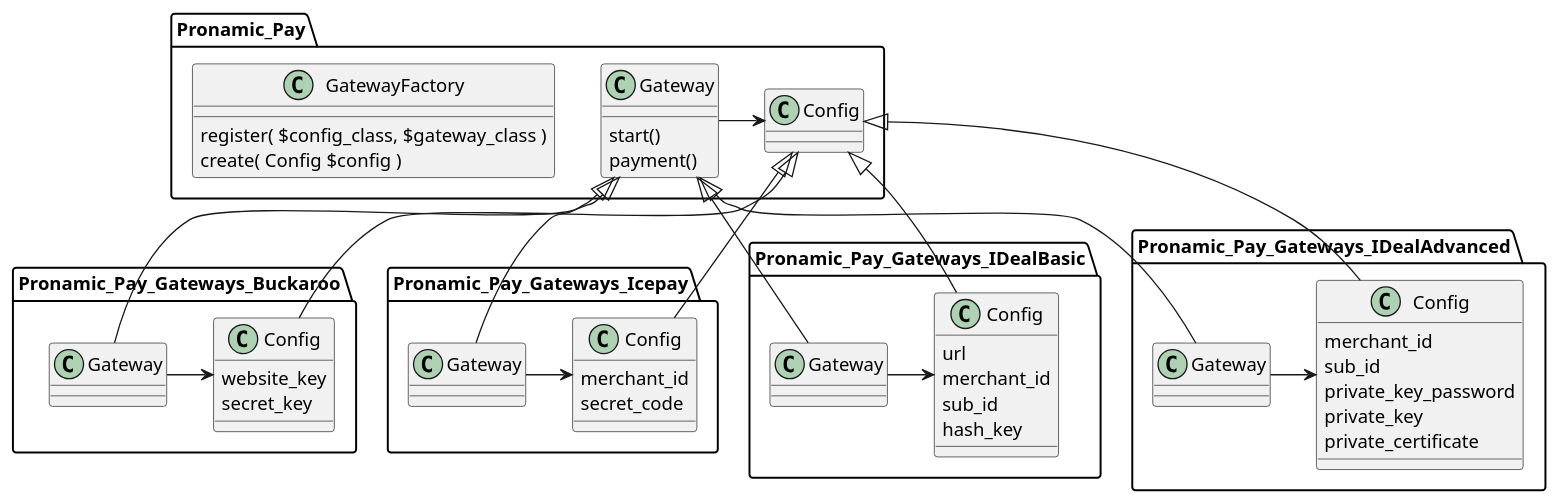
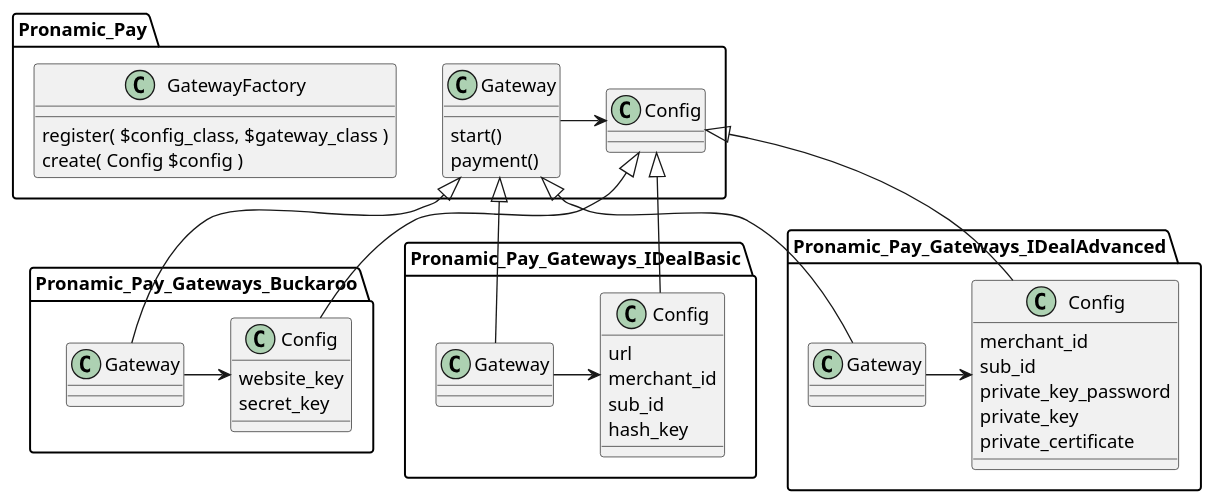
One commit to pronamic/wp-pronamic-pay changed the diagram in documentation/gateways.plantuml. Above: the diagram before and after it, drawn with PlantUML. The commit also changed 20 other files, not shown here.

```diff
--- a/documentation/gateways.plantuml
+++ b/documentation/gateways.plantuml
@@ -1,90 +1,74 @@
 @startuml
 
 namespace Pronamic_Pay {
 	class Gateway {
 		start()
 		payment()
 	}
 	
 	class Config {
 	
 	}
 	
 	class GatewayFactory {
 		register( $config_class, $gateway_class )
 		create( Config $config )
 	}
 	
 	Gateway -right-> Config
 }
 
 namespace Pronamic_Pay_Gateways_Buckaroo {
 	class Gateway {
 		
 	}
 	
 	class Config {
 		website_key
 		secret_key
-	}
-	
-	Gateway -right-> Config
-	
-	Pronamic_Pay.Gateway <|-- Gateway
-	Pronamic_Pay.Config <|-- Config
-}
-
-namespace Pronamic_Pay_Gateways_Icepay {
-	class Gateway {
-	
-	}
-	
-	class Config {
-		merchant_id
-		secret_code
 	}
 	
 	Gateway -right-> Config
 	
 	Pronamic_Pay.Gateway <|-- Gateway
 	Pronamic_Pay.Config <|-- Config
 }
 
 namespace Pronamic_Pay_Gateways_IDealBasic {
 	class Gateway {
 	
 	}
 	
 	class Config {
 		url
 		merchant_id
 		sub_id
 		hash_key
 	}
 	
 	Gateway -right-> Config
 	
 	Pronamic_Pay.Gateway <|-- Gateway
 	Pronamic_Pay.Config <|-- Config
 }
 
 namespace Pronamic_Pay_Gateways_IDealAdvanced {
 	class Gateway {
 	
 	}
 	
 	class Config {
 		merchant_id
 		sub_id
 		private_key_password
 		private_key
 		private_certificate
 	}
 	
 	Gateway -right-> Config
 
 	Pronamic_Pay.Gateway <|-- Gateway
 	Pronamic_Pay.Config <|-- Config
 }
 
 @enduml
```
